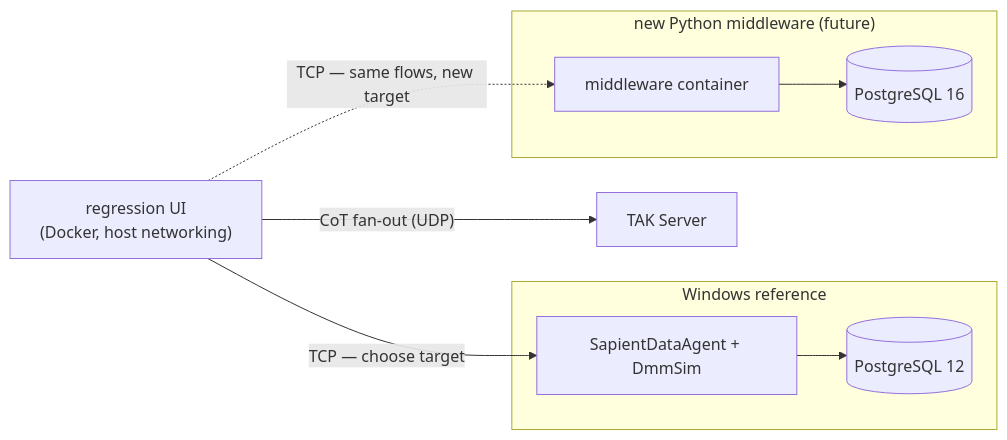
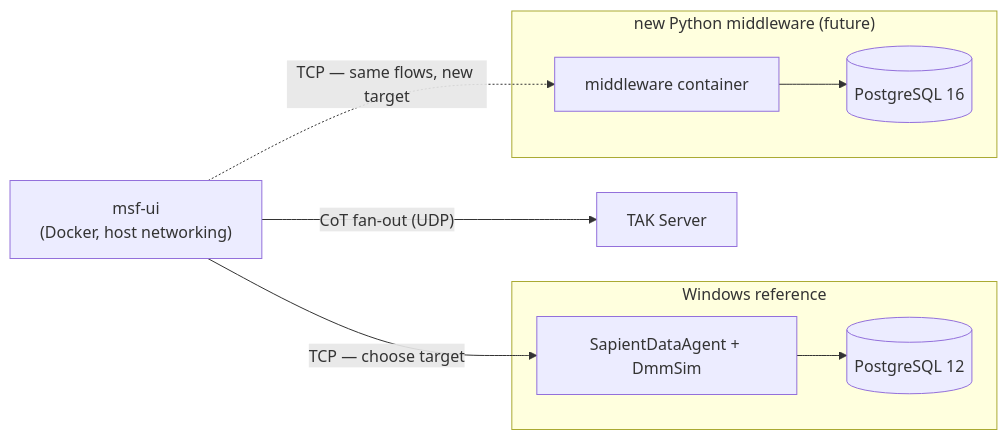
One commit to vinayakkankanwadi/multi-sensor-fusion changed diagram 12 of 12 in Architecture.md. Above: the diagram before and after it, drawn with Mermaid. The commit also changed other lines of this file and 50 other files, not shown here.

````diff
--- a/Architecture.md
+++ b/Architecture.md
@@ -525,18 +525,18 @@
 ```mermaid
 flowchart LR
-    UI["regression UI<br/>(Docker, host networking)"]
+    UI["msf-ui<br/>(Docker, host networking)"]
     subgraph Win["Windows reference"]
         SDA["SapientDataAgent + DmmSim"]
         PG12[("PostgreSQL 12")]
         SDA --> PG12
     end
     subgraph Linux["new Python middleware (future)"]
         NewMW["middleware container"]
         PG16[("PostgreSQL 16")]
         NewMW --> PG16
     end
     TAK["TAK Server"]
     UI -- "TCP — choose target" --> SDA
     UI -. "TCP — same flows, new target" .-> NewMW
     UI -- "CoT fan-out (UDP)" --> TAK
 ```
````
